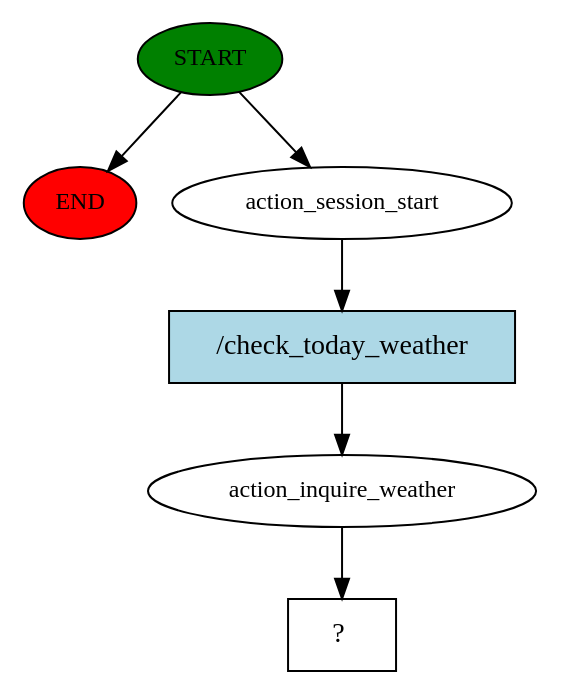
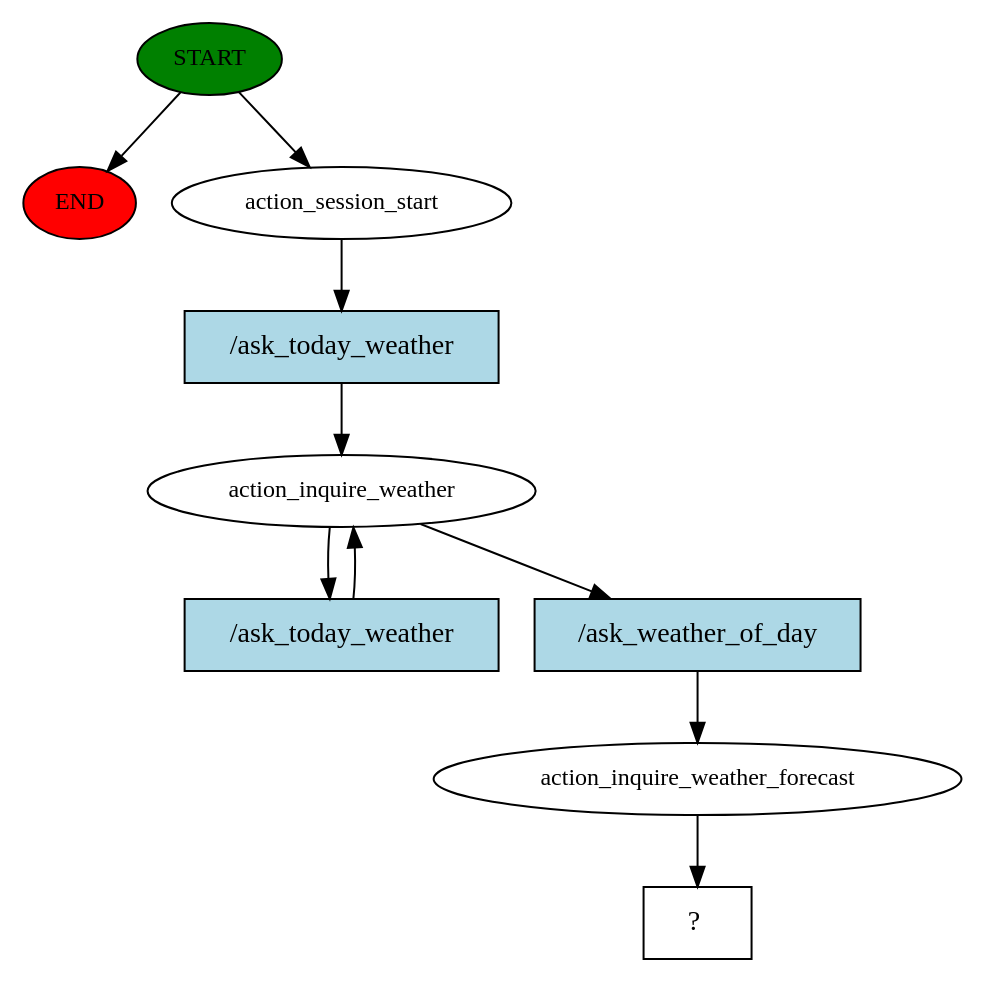
The diagram in story_graph.dot (lemonJohn755/FYP_Chatbot), drawn with Graphviz before and after one commit. The commit also changed 1 other file, not shown here.

Commit message:
use weather forecast story

```diff
--- a/story_graph.dot
+++ b/story_graph.dot
@@ -1,13 +1,20 @@
 digraph  {
 0 [class="start active", fillcolor=green, fontsize=12, label=START, style=filled];
 "-1" [class=end, fillcolor=red, fontsize=12, label=END, style=filled];
 1 [class=active, fontsize=12, label=action_session_start];
 2 [class=active, fontsize=12, label=action_inquire_weather];
-3 [class="intent dashed active", label="  ?  ", shape=rect];
-4 [class="intent active", fillcolor=lightblue, label="/check_today_weather", shape=rect, style=filled];
+5 [class=active, fontsize=12, label=action_inquire_weather_forecast];
+6 [class="intent dashed active", label="  ?  ", shape=rect];
+7 [class="intent active", fillcolor=lightblue, label="/ask_today_weather", shape=rect, style=filled];
+8 [class="intent active", fillcolor=lightblue, label="/ask_today_weather", shape=rect, style=filled];
+9 [class="intent active", fillcolor=lightblue, label="/ask_weather_of_day", shape=rect, style=filled];
 0 -> "-1"  [class="", key=NONE, label=""];
 0 -> 1  [class=active, key=NONE, label=""];
-1 -> 4  [class=active, key=0];
-2 -> 3  [class=active, key=NONE, label=""];
-4 -> 2  [class=active, key=0];
+1 -> 7  [class=active, key=0];
+2 -> 8  [class=active, key=0];
+2 -> 9  [class=active, key=0];
+5 -> 6  [class=active, key=NONE, label=""];
+7 -> 2  [class=active, key=0];
+8 -> 2  [class=active, key=0];
+9 -> 5  [class=active, key=0];
 }
```
